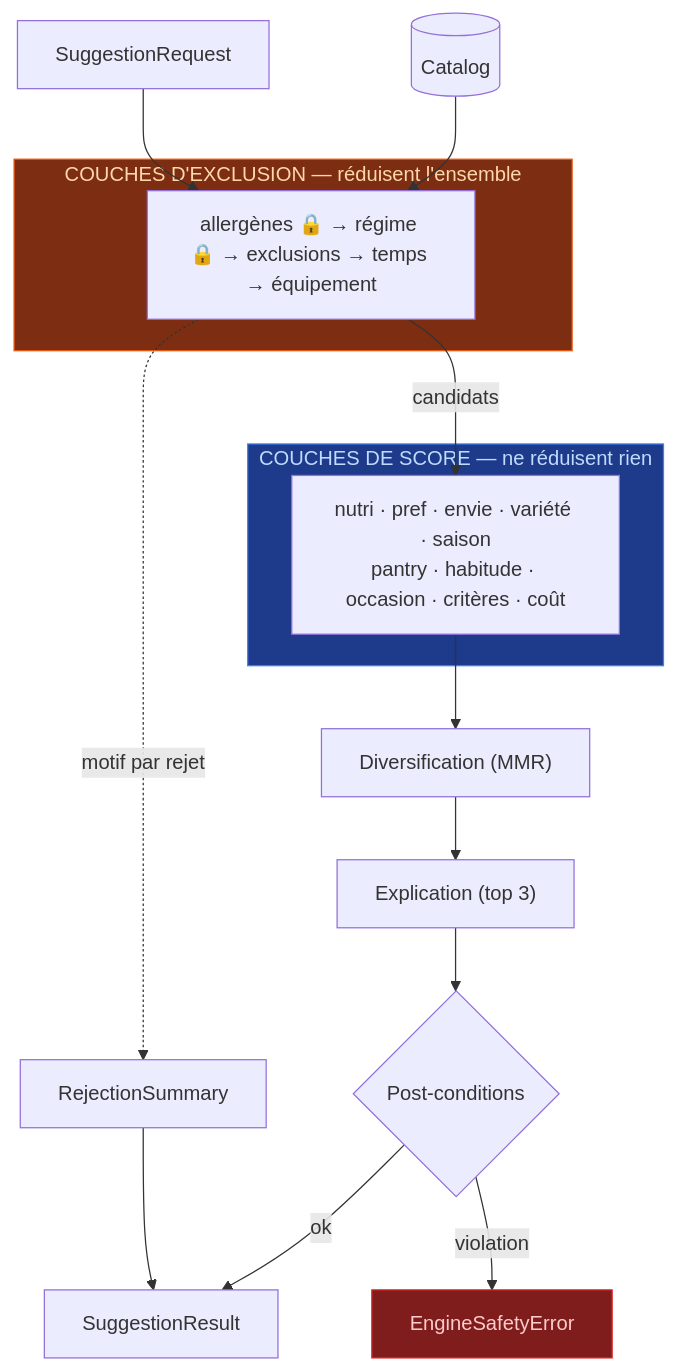
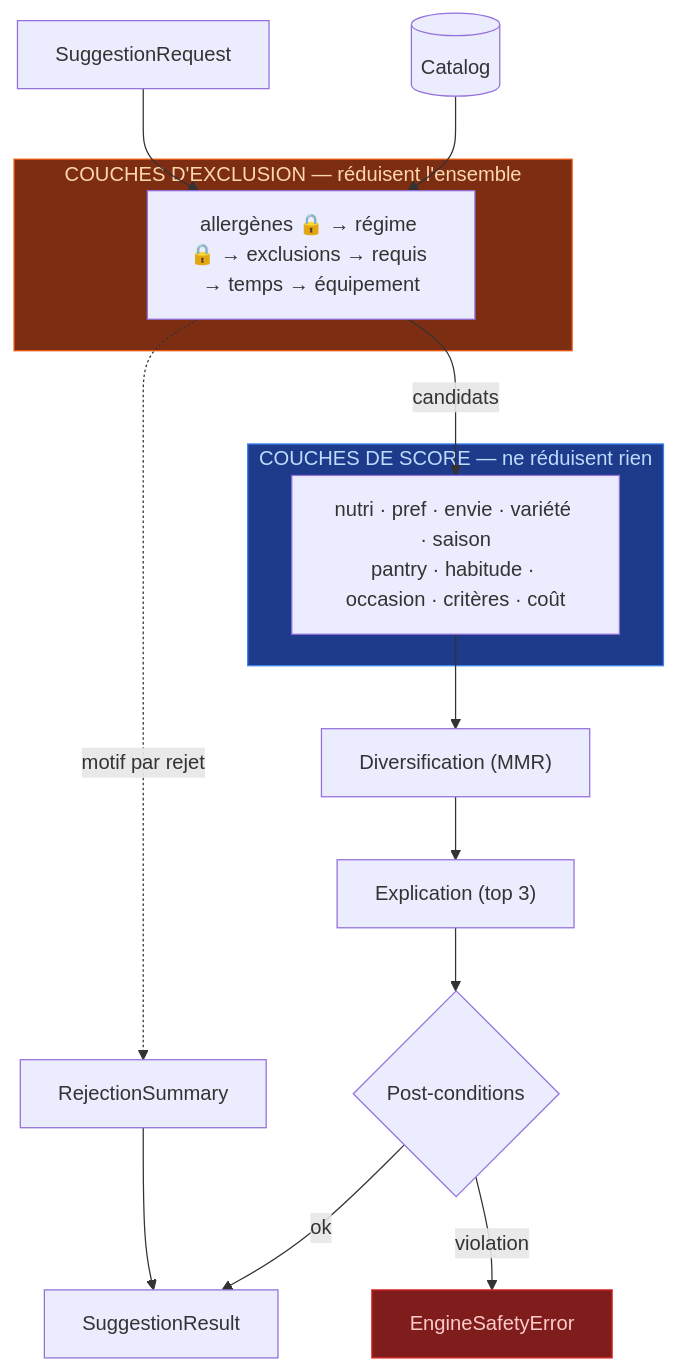
One commit to poubellebellesse-dev/appli_nutrition changed the fourth of 10 diagrams in docs/ENGINE.md. Above: the diagram before and after it, drawn with Mermaid. The commit also changed other lines of this file and 4 other files, not shown here.

````diff
--- a/docs/ENGINE.md
+++ b/docs/ENGINE.md
@@ -313,27 +313,27 @@
 ```mermaid
 flowchart TB
     CAT[("Catalog")] --> EX
     IN["SuggestionRequest"] --> EX
 
     subgraph EXC["COUCHES D'EXCLUSION — réduisent l'ensemble"]
-        EX["allergènes 🔒 → régime 🔒 → exclusions → temps → équipement"]
+        EX["allergènes 🔒 → régime 🔒 → exclusions → requis → temps → équipement"]
     end
 
     EX -->|candidats| SC
     EX -.->|motif par rejet| RJ["RejectionSummary"]
 
     subgraph SCO["COUCHES DE SCORE — ne réduisent rien"]
         SC["nutri · pref · envie · variété · saison<br/>pantry · habitude · occasion · critères · coût"]
     end
 
     SC --> D["Diversification (MMR)"]
     D --> E["Explication (top 3)"]
     E --> G{"Post-conditions"}
     G -->|ok| OUT["SuggestionResult"]
     G -->|violation| ERR["EngineSafetyError"]
     RJ --> OUT
 
     style EXC fill:#7c2d12,stroke:#ea580c,color:#fed7aa
     style SCO fill:#1e3a8a,stroke:#3b82f6,color:#bfdbfe
     style ERR fill:#7f1d1d,stroke:#dc2626,color:#fecaca
 ```
````
